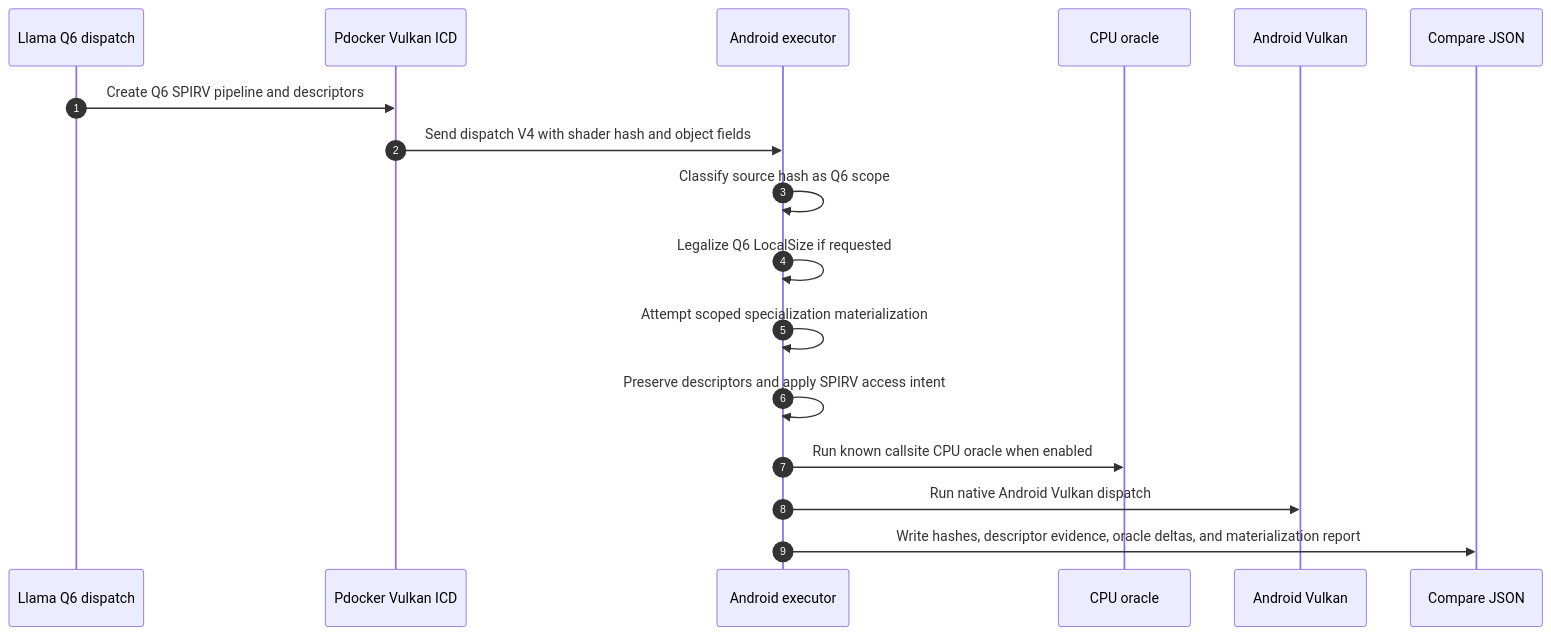
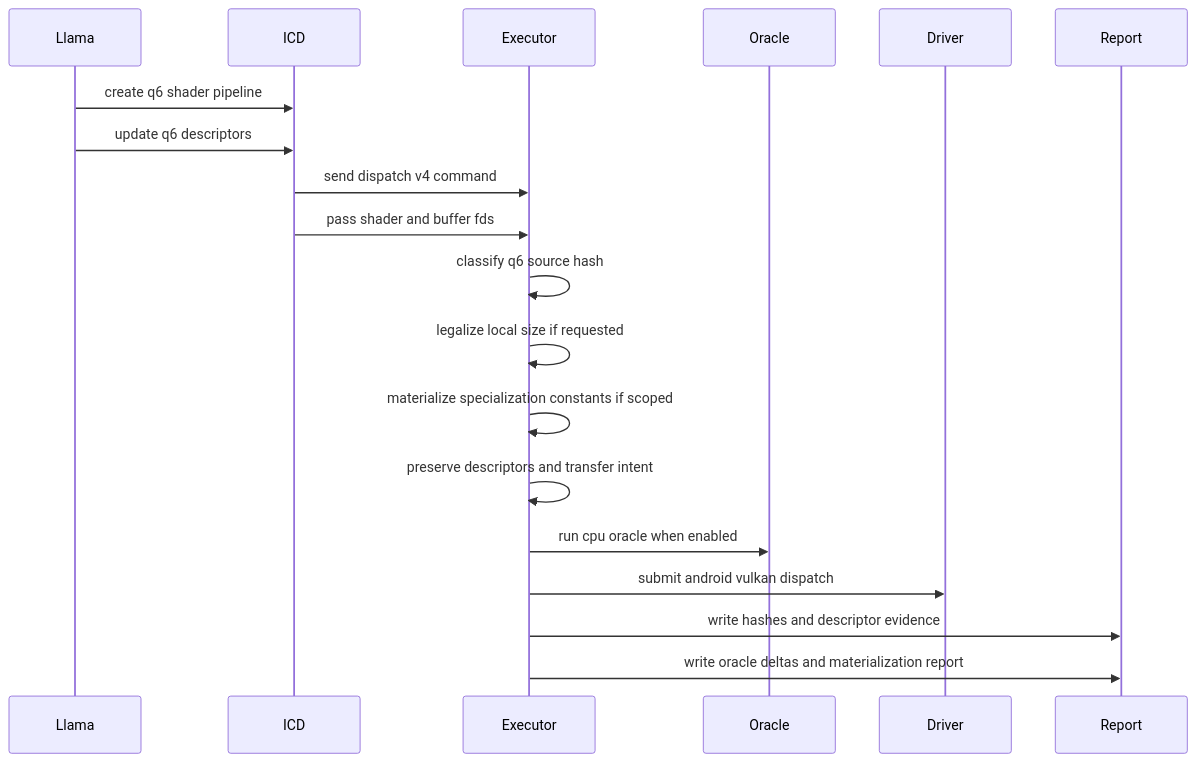
Before and after one commit to ryo100794/skydnir: the fifth of 6 diagrams in docs/design/VULKAN_BRIDGE_SEQUENCE.md, drawn with Mermaid.

Commit message:
Fix Q6 diagnostic sequence diagram
Pdocker-Machine: pdocker-primary-aarch64
Pdocker-Branch: main

````diff
--- a/docs/design/VULKAN_BRIDGE_SEQUENCE.md
+++ b/docs/design/VULKAN_BRIDGE_SEQUENCE.md
@@ -244,20 +244,22 @@
 ```mermaid
 sequenceDiagram
-    autonumber
-    participant App as Llama Q6 dispatch
-    participant Icd as Pdocker Vulkan ICD
-    participant Exe as Android executor
-    participant Ora as CPU oracle
-    participant Drv as Android Vulkan
-    participant Rep as Compare JSON
+    participant Llama
+    participant ICD
+    participant Executor
+    participant Oracle
+    participant Driver
+    participant Report
 
-    App->>Icd: Create Q6 SPIRV pipeline and descriptors
-    Icd->>Exe: Send dispatch V4 with shader hash and object fields
-    Exe->>Exe: Classify source hash as Q6 scope
-    Exe->>Exe: Legalize Q6 LocalSize if requested
-    Exe->>Exe: Attempt scoped specialization materialization
-    Exe->>Exe: Preserve descriptors and apply SPIRV access intent
-    Exe->>Ora: Run known callsite CPU oracle when enabled
-    Exe->>Drv: Run native Android Vulkan dispatch
-    Exe->>Rep: Write hashes, descriptor evidence, oracle deltas, and materialization report
+    Llama->>ICD: create q6 shader pipeline
+    Llama->>ICD: update q6 descriptors
+    ICD->>Executor: send dispatch v4 command
+    ICD->>Executor: pass shader and buffer fds
+    Executor->>Executor: classify q6 source hash
+    Executor->>Executor: legalize local size if requested
+    Executor->>Executor: materialize specialization constants if scoped
+    Executor->>Executor: preserve descriptors and transfer intent
+    Executor->>Oracle: run cpu oracle when enabled
+    Executor->>Driver: submit android vulkan dispatch
+    Executor->>Report: write hashes and descriptor evidence
+    Executor->>Report: write oracle deltas and materialization report
 ```
````
